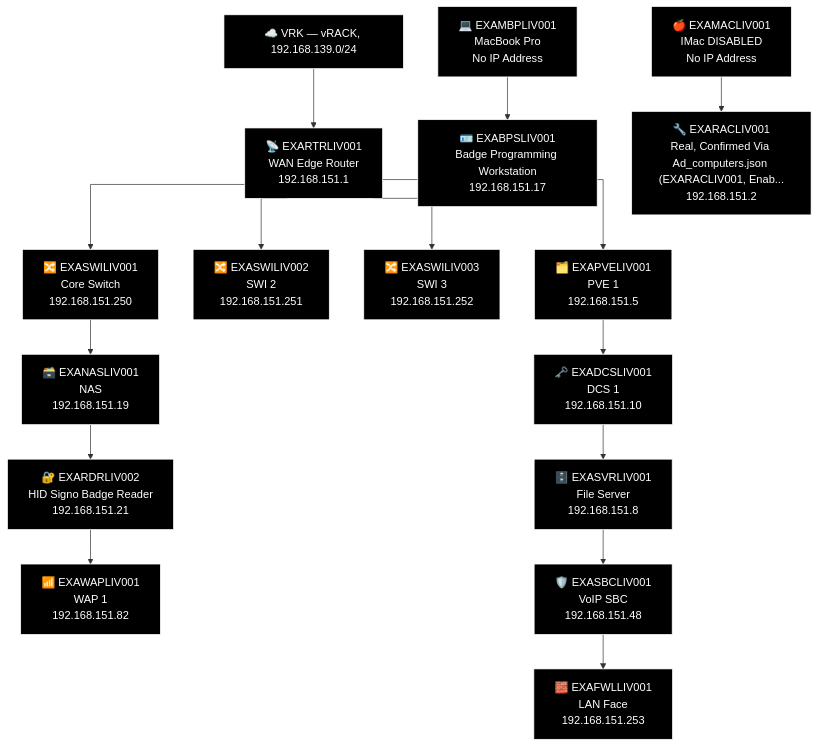
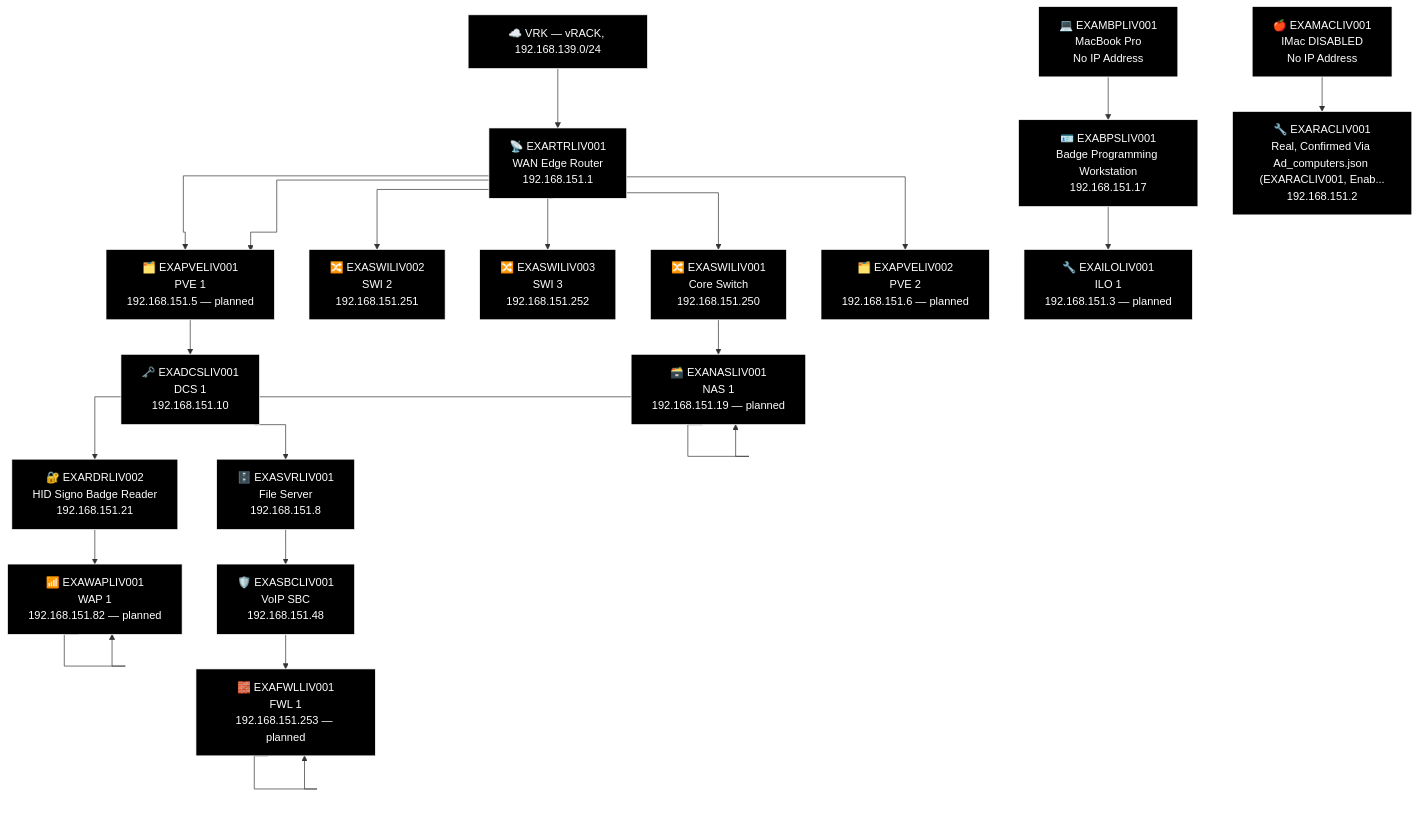
Diagram 12 of 27 in docs/network-diagram/england.md (knightmare2600/example_music_infra), drawn with Mermaid before and after one commit. The commit also changed other lines of this file and 12 other files, not shown here.

````diff
--- a/docs/network-diagram/england.md
+++ b/docs/network-diagram/england.md
@@ -594,49 +634,63 @@
 ```mermaid
 %% GENERATED:TOPOLOGY:LIV:START
 %%{init: {'flowchart': {'curve': 'stepAfter'}}}%%
 graph TD
     T_VRK["☁️ VRK — vRACK, 192.168.139.0/24"]
     T_RTR["📡 EXARTRLIV001<br/>WAN Edge Router<br/>192.168.151.1"]
     T_VRK --> T_RTR
     T_PVE["🗂️ EXAPVELIV001<br/>PVE 1<br/>192.168.151.5"]
     T_RTR --> T_PVE
     T_SWI["🔀 EXASWILIV002<br/>SWI 2<br/>192.168.151.251"]
     T_RTR --> T_SWI
     T_SWI2["🔀 EXASWILIV003<br/>SWI 3<br/>192.168.151.252"]
     T_RTR --> T_SWI2
     T_SWI3["🔀 EXASWILIV001<br/>Core Switch<br/>192.168.151.250"]
     T_RTR --> T_SWI3
+    T_PVE["🗂️ EXAPVELIV001<br/>PVE 1<br/>192.168.151.5 — planned"]
+    T_RTR --> T_PVE
+    T_PVE2["🗂️ EXAPVELIV002<br/>PVE 2<br/>192.168.151.6 — planned"]
+    T_RTR --> T_PVE2
     T_NAS["🗃️ EXANASLIV001<br/>NAS<br/>192.168.151.19"]
+    T_NAS["🗃️ EXANASLIV001<br/>NAS 1<br/>192.168.151.19 — planned"]
     T_RDR["🔐 EXARDRLIV002<br/>HID Signo Badge Reader<br/>192.168.151.21"]
     T_WAP["📶 EXAWAPLIV001<br/>WAP 1<br/>192.168.151.82"]
-    T_SWI3 --> T_NAS --> T_RDR --> T_WAP
+    T_WAP["📶 EXAWAPLIV001<br/>WAP 1<br/>192.168.151.82 — planned"]
+    T_SWI3 --> T_NAS --> T_NAS --> T_RDR --> T_WAP --> T_WAP
     T_DCS["🗝️ EXADCSLIV001<br/>DCS 1<br/>192.168.151.10"]
     T_SVR["🗄️ EXASVRLIV001<br/>File Server<br/>192.168.151.8"]
     T_SBC["🛡️ EXASBCLIV001<br/>VoIP SBC<br/>192.168.151.48"]
     T_FWL["🧱 EXAFWLLIV001<br/>LAN Face<br/>192.168.151.253"]
-    T_PVE --> T_DCS --> T_SVR --> T_SBC --> T_FWL
+    T_FWL["🧱 EXAFWLLIV001<br/>FWL 1<br/>192.168.151.253 — planned"]
+    T_PVE --> T_DCS --> T_SVR --> T_SBC --> T_FWL --> T_FWL
     T_MBP["💻 EXAMBPLIV001<br/>MacBook Pro<br/>No IP Address"]
     T_MAC["🍎 EXAMACLIV001<br/>IMac DISABLED<br/>No IP Address"]
     T_BPS["🪪 EXABPSLIV001<br/>Badge Programming Workstation<br/>192.168.151.17"]
     T_RAC["🔧 EXARACLIV001<br/>Real, Confirmed Via Ad_computers.json (EXARACLIV001, Enab...<br/>192.168.151.2"]
-    T_MBP --> T_BPS
+    T_ILO["🔧 EXAILOLIV001<br/>ILO 1<br/>192.168.151.3 — planned"]
+    T_MBP --> T_BPS --> T_ILO
     T_MAC --> T_RAC
     style T_VRK fill:#000000,stroke:#FFFFFF,color:#FFFFFF
     style T_RTR fill:#000000,stroke:#FFFFFF,color:#FFFFFF
     style T_PVE fill:#000000,stroke:#FFFFFF,color:#FFFFFF
     style T_SWI fill:#000000,stroke:#FFFFFF,color:#FFFFFF
     style T_SWI2 fill:#000000,stroke:#FFFFFF,color:#FFFFFF
     style T_SWI3 fill:#000000,stroke:#FFFFFF,color:#FFFFFF
+    style T_PVE fill:#000000,stroke:#FFFFFF,color:#FFFFFF
+    style T_PVE2 fill:#000000,stroke:#FFFFFF,color:#FFFFFF
+    style T_NAS fill:#000000,stroke:#FFFFFF,color:#FFFFFF
     style T_NAS fill:#000000,stroke:#FFFFFF,color:#FFFFFF
     style T_RDR fill:#000000,stroke:#FFFFFF,color:#FFFFFF
+    style T_WAP fill:#000000,stroke:#FFFFFF,color:#FFFFFF
     style T_WAP fill:#000000,stroke:#FFFFFF,color:#FFFFFF
     style T_DCS fill:#000000,stroke:#FFFFFF,color:#FFFFFF
     style T_SVR fill:#000000,stroke:#FFFFFF,color:#FFFFFF
     style T_SBC fill:#000000,stroke:#FFFFFF,color:#FFFFFF
     style T_FWL fill:#000000,stroke:#FFFFFF,color:#FFFFFF
+    style T_FWL fill:#000000,stroke:#FFFFFF,color:#FFFFFF
     style T_MBP fill:#000000,stroke:#FFFFFF,color:#FFFFFF
     style T_MAC fill:#000000,stroke:#FFFFFF,color:#FFFFFF
     style T_BPS fill:#000000,stroke:#FFFFFF,color:#FFFFFF
     style T_RAC fill:#000000,stroke:#FFFFFF,color:#FFFFFF
+    style T_ILO fill:#000000,stroke:#FFFFFF,color:#FFFFFF
 %% GENERATED:TOPOLOGY:LIV:END
 ```
````
